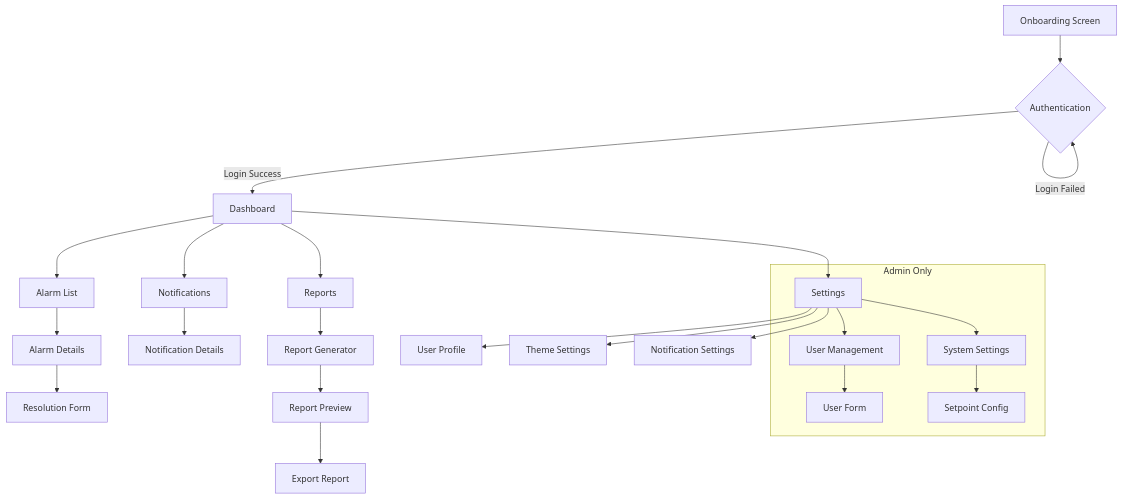
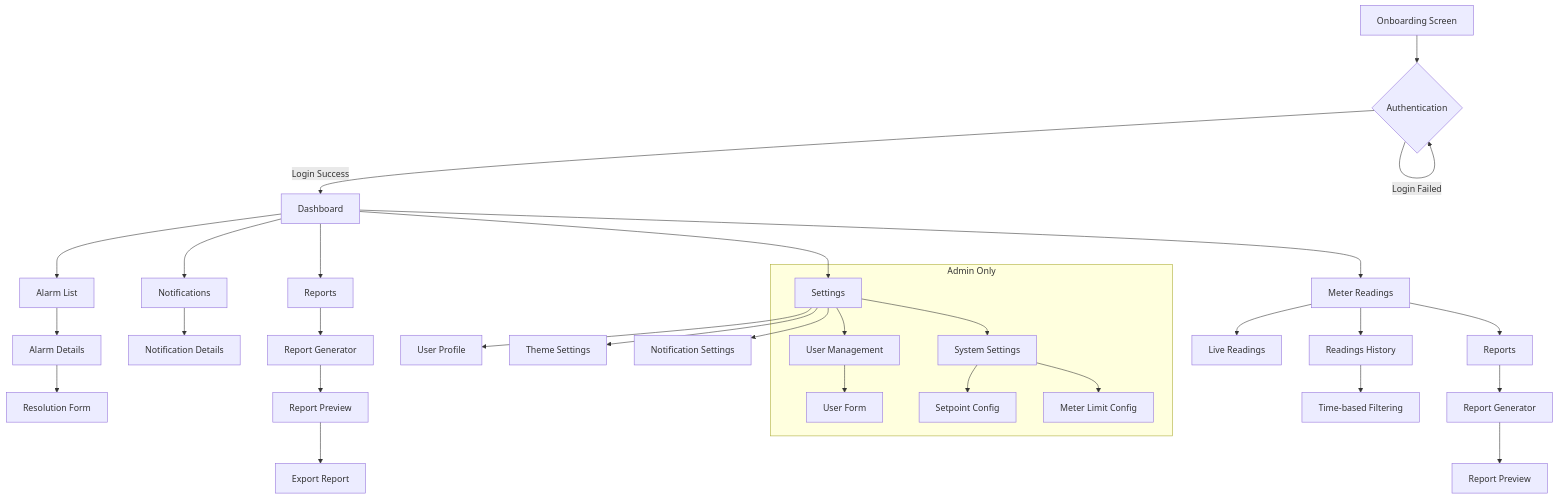
One commit to CHIRANJEEVICHETAN/Eagle-Notifier changed the eighth of 8 diagrams in README.md. Above: the diagram before and after it, drawn with Mermaid. The commit also changed other lines of this file and 2 other files, not shown here.

````diff
--- a/README.md
+++ b/README.md
@@ -431,31 +537,40 @@
 ```mermaid
 flowchart TD
     A[Onboarding Screen] --> B{Authentication}
     B -->|Login Success| C[Dashboard]
     B -->|Login Failed| B
     
     C --> D[Alarm List]
     C --> E[Notifications]
     C --> F[Reports]
     C --> G[Settings]
+    C --> Q[Meter Readings]
     
     D --> H[Alarm Details]
     H --> I[Resolution Form]
     
     E --> J[Notification Details]
     
     F --> K[Report Generator]
     K --> L[Report Preview]
     L --> M[Export Report]
     
     G --> N[User Profile]
     G --> O[Theme Settings]
     G --> P[Notification Settings]
     
+    Q --> R[Live Readings]
+    Q --> S[Readings History]
+    Q --> T[Reports]
+    S --> U[Time-based Filtering]
+    T --> V[Report Generator]
+    V --> W[Report Preview]
+    
     subgraph Admin Only
-    G --> Q[User Management]
-    G --> R[System Settings]
-    Q --> S[User Form]
-    R --> T[Setpoint Config]
+    G --> X[User Management]
+    G --> Y[System Settings]
+    X --> Z[User Form]
+    Y --> AA[Setpoint Config]
+    Y --> AB[Meter Limit Config]
     end
 ```
````
